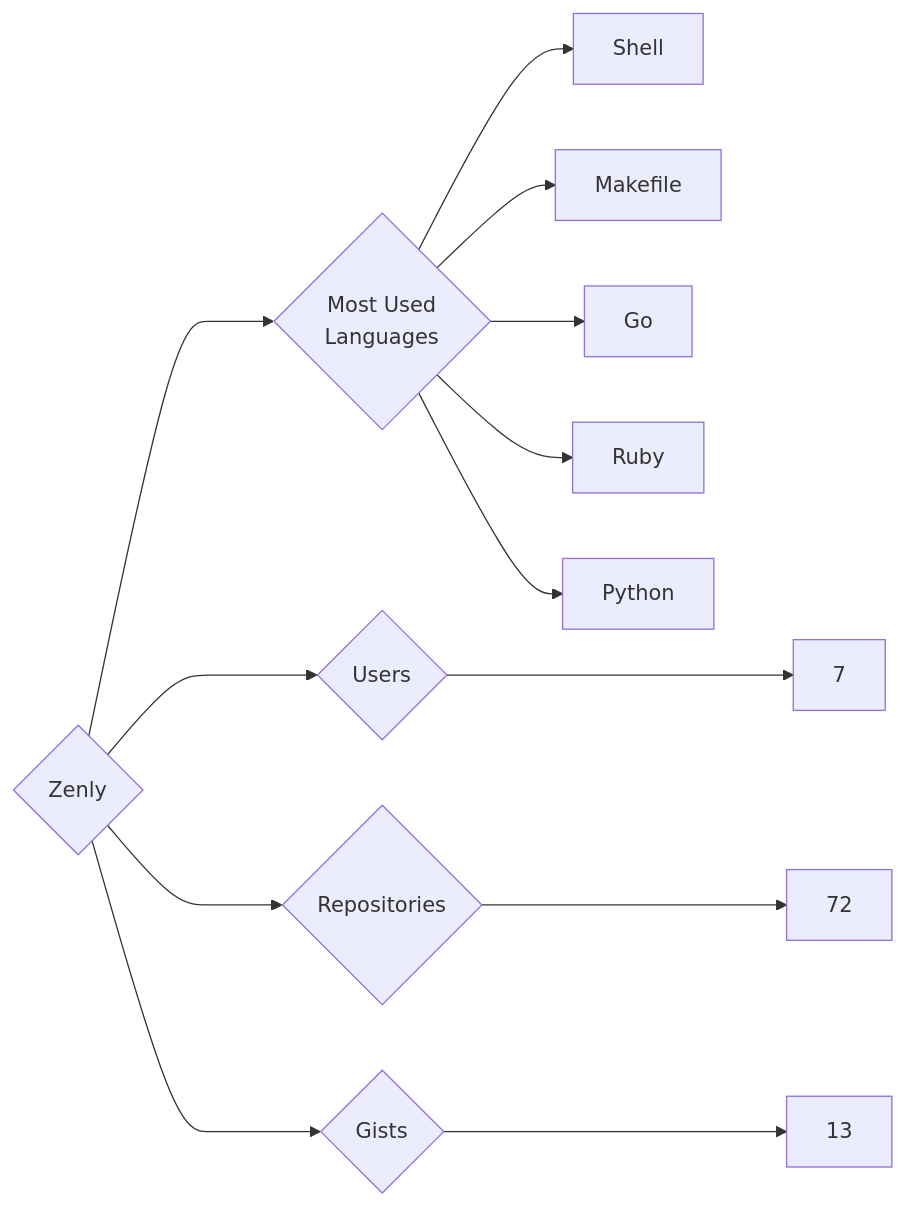
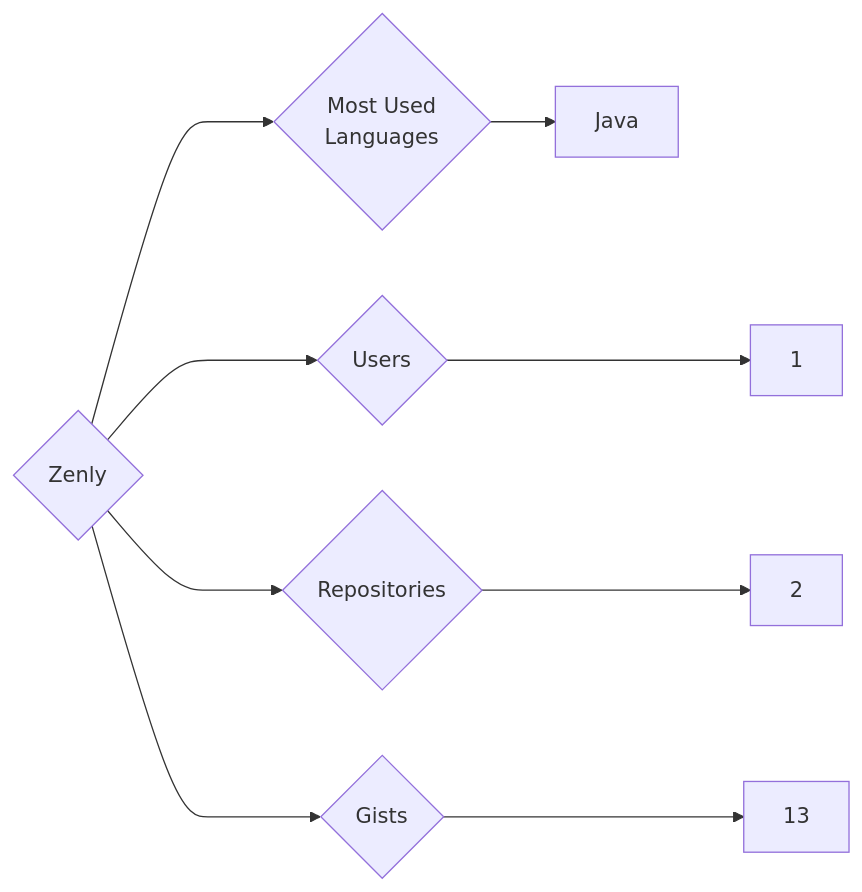
The diagram in targets/Zenly/README.md (trickest/insiders), drawn with Mermaid before and after one commit. The commit also changed 870 other files, not shown here.

````diff
--- a/targets/Zenly/README.md
+++ b/targets/Zenly/README.md
@@ -3,13 +3,9 @@
 ```mermaid
 graph LR
 COMPANY_NAME{Zenly}
-COMPANY_NAME ---> U{Users} ---> UN[7]
-COMPANY_NAME ---> R{Repositories} ---> RN[72]
+COMPANY_NAME ---> U{Users} ---> UN[1]
+COMPANY_NAME ---> R{Repositories} ---> RN[2]
 COMPANY_NAME ---> G{Gists} ---> GN[13]
 COMPANY_NAME ---> ML{Most Used<br>Languages}
-ML --> Shell[Shell]
-ML --> Makefile[Makefile]
-ML --> Go[Go]
-ML --> Ruby[Ruby]
-ML --> Python[Python]
+ML --> Java[Java]
 ```
````
